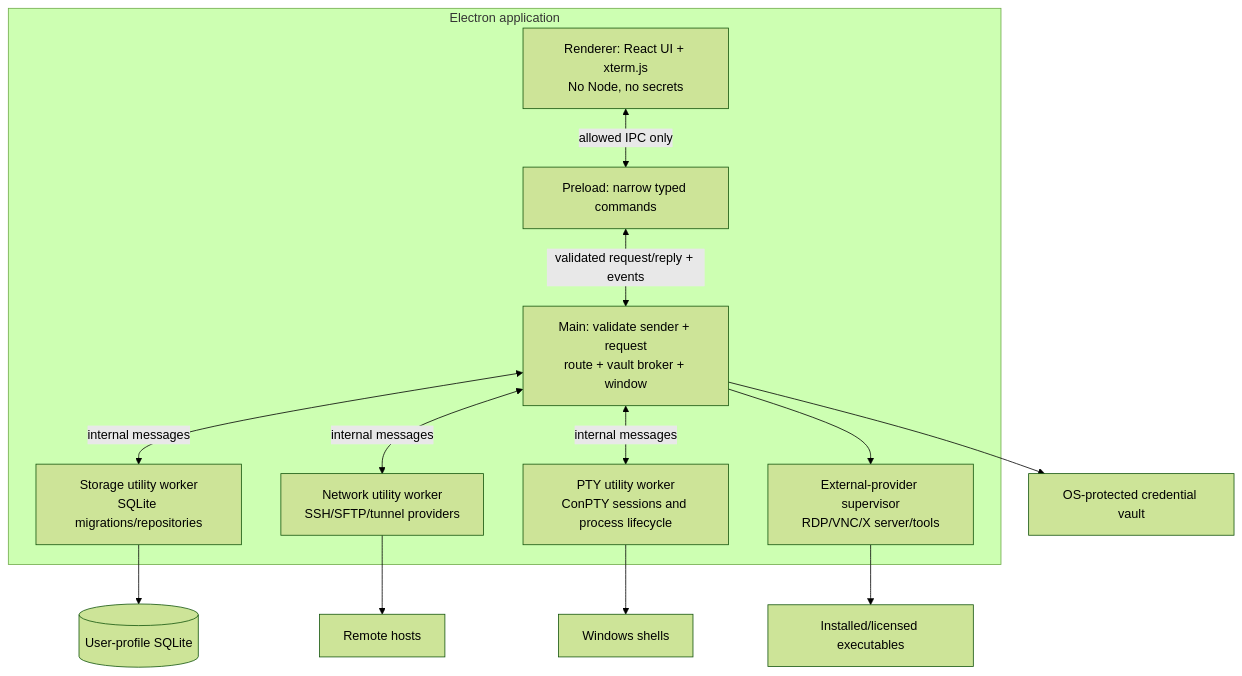
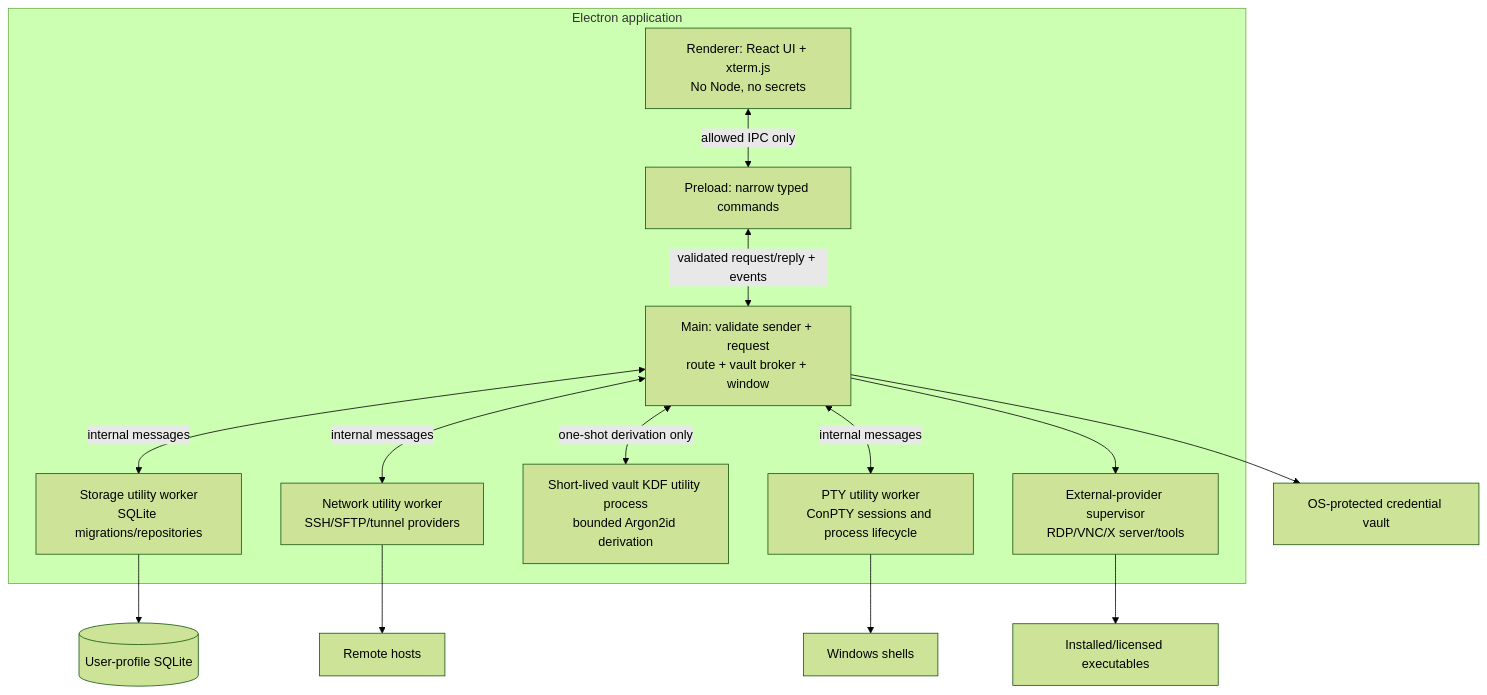
The second of 4 diagrams in docs/ARCHITECTURE.md (AKeybladeMaster/MultiRemoteTerminal), drawn with Mermaid (forest theme) before and after one commit. The commit also changed other lines of this file and 4 other files, not shown here.

````diff
--- a/docs/ARCHITECTURE.md
+++ b/docs/ARCHITECTURE.md
@@ -20,23 +20,25 @@
 ```mermaid
 flowchart TB
   subgraph Electron["Electron application"]
     UI["Renderer: React UI + xterm.js\nNo Node, no secrets"]
     PRE["Preload: narrow typed commands"]
     MAIN["Main: validate sender + request\nroute + vault broker + window"]
     STORE["Storage utility worker\nSQLite migrations/repositories"]
     NET["Network utility worker\nSSH/SFTP/tunnel providers"]
+    KDF["Short-lived vault KDF utility process\nbounded Argon2id derivation"]
     PTY["PTY utility worker\nConPTY sessions and process lifecycle"]
     EXT["External-provider supervisor\nRDP/VNC/X server/tools"]
   end
   UI <-->|"allowed IPC only"| PRE
   PRE <-->|"validated request/reply + events"| MAIN
   MAIN <-->|"internal messages"| STORE
   MAIN <-->|"internal messages"| NET
+  MAIN <-->|"one-shot derivation only"| KDF
   MAIN <-->|"internal messages"| PTY
   MAIN --> EXT
   STORE --> DB[("User-profile SQLite")]
   MAIN --> VAULT["OS-protected credential vault"]
   NET --> REMOTE["Remote hosts"]
   PTY --> SHELL["Windows shells"]
   EXT --> BIN["Installed/licensed executables"]
 ```
````
